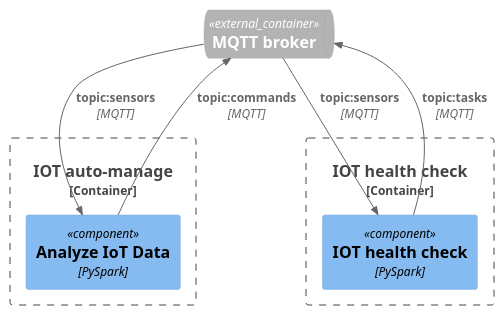
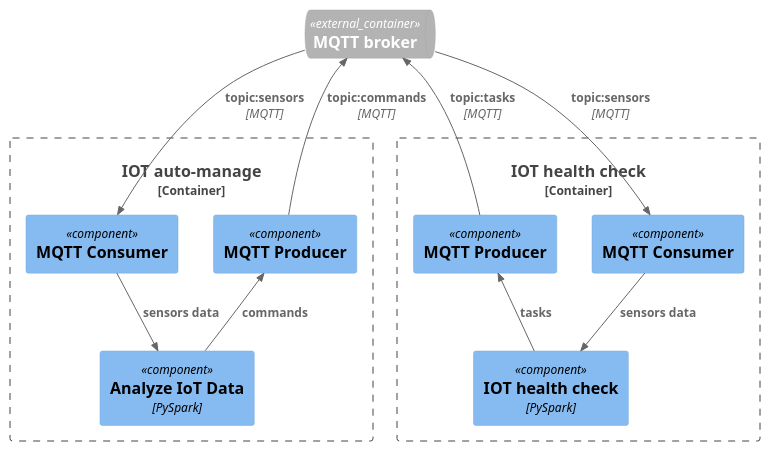
The diagram in Task3/ATCK_C4_Components_iot.puml (mirray/MSA-AgroTech), drawn with PlantUML before and after one commit. The commit also changed 3 other files, not shown here.

```diff
--- a/Task3/ATCK_C4_Components_iot.puml
+++ b/Task3/ATCK_C4_Components_iot.puml
@@ -1,17 +1,26 @@
 @startuml Архитектура_АвтоТехноСвиноКомплекс_v1_Iot
 !include <C4/C4_Component>
 
 ContainerQueue_Ext(data_hub, "MQTT broker")
 Container_Boundary(iot_auto_management, "IOT auto-manage"){
+    Component(iot_auto_management_service_p, "MQTT Producer")
+    Component(iot_auto_management_service_c, "MQTT Consumer")
     Component(iot_auto_management_service, "Analyze IoT Data", "PySpark")
-    Rel_D(data_hub, iot_auto_management_service, "topic:sensors", "MQTT")
-    Rel_U(iot_auto_management_service, data_hub, "topic:commands","MQTT")
+    Rel_D(data_hub, iot_auto_management_service_c, "topic:sensors", "MQTT")
+    Rel_D(iot_auto_management_service_c, iot_auto_management_service, "sensors data")
+    Rel_U(iot_auto_management_service, iot_auto_management_service_p, "commands")
+    Rel_U(iot_auto_management_service_p, data_hub, "topic:commands","MQTT")
+    Lay_R(iot_auto_management_service_c, iot_auto_management_service_p)
 }
 
 Container_Boundary(iot_health_check, "IOT health check"){
+    Component(iot_health_check_service_p, "MQTT Producer")
+    Component(iot_health_check_service_c, "MQTT Consumer")
     Component(iot_health_check_service, "IOT health check", "PySpark")
-    Rel_D(data_hub, iot_health_check_service, "topic:sensors","MQTT")
-    Rel_U(iot_health_check_service, data_hub, "topic:tasks","MQTT")
+    Rel_D(data_hub, iot_health_check_service_c, "topic:sensors","MQTT")
+    Rel_U(iot_health_check_service_p, data_hub, "topic:tasks","MQTT")
+    Rel_D(iot_health_check_service_c, iot_health_check_service, "sensors data")
+    Rel_U(iot_health_check_service, iot_health_check_service_p, "tasks")
 }
     
 @enduml
```
